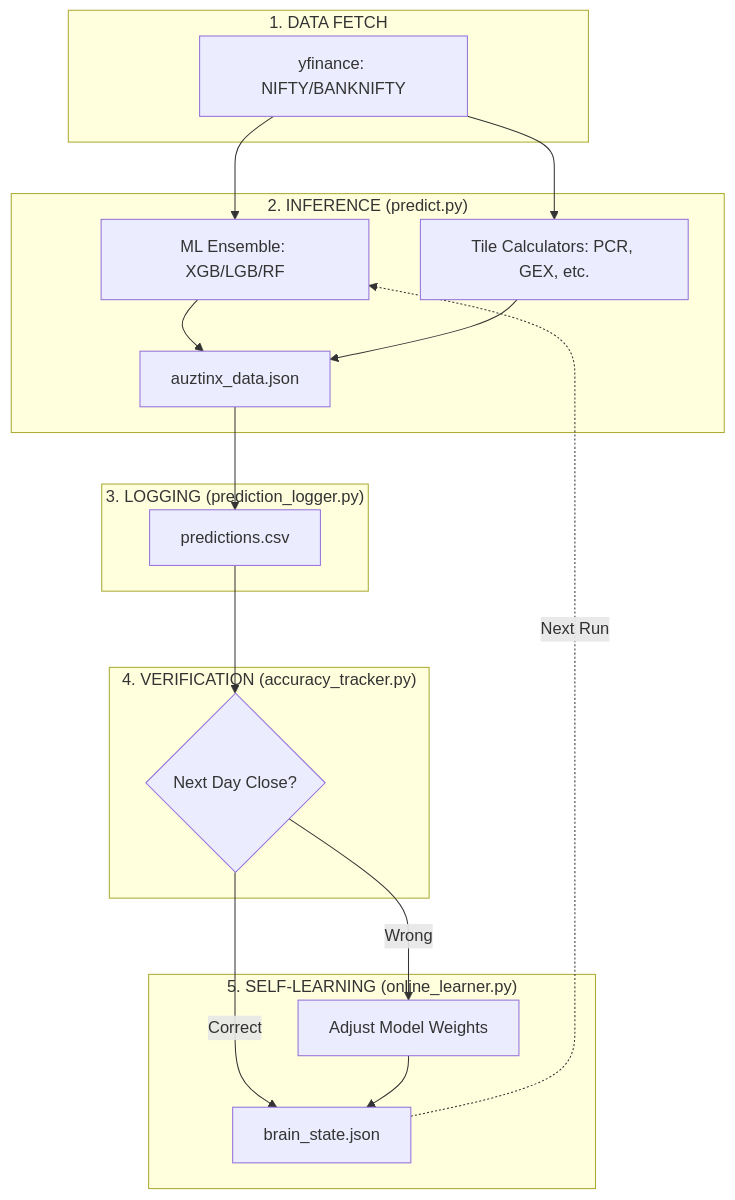
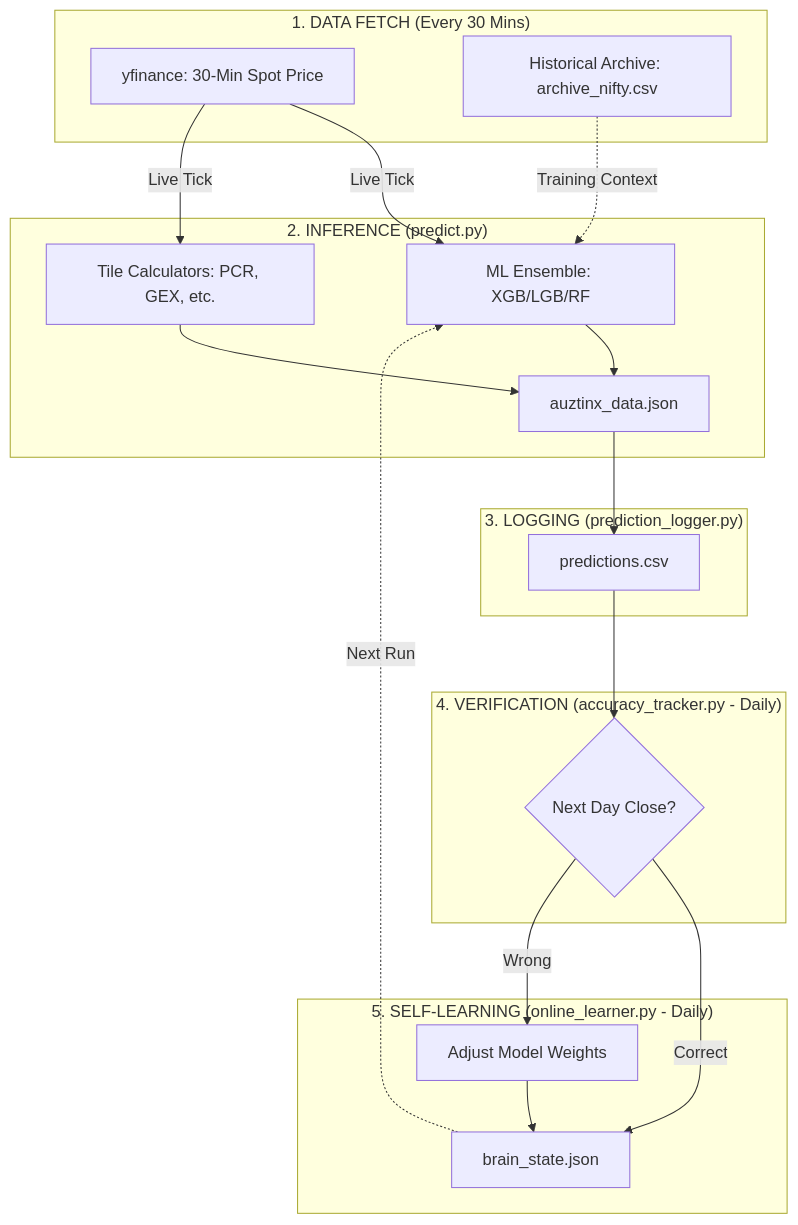
The first of 3 diagrams in README.md (pravindev666/Tradyx-Aleph), drawn with Mermaid before and after one commit. The commit also changed other lines of this file, not shown here.

````diff
--- a/README.md
+++ b/README.md
@@ -18,34 +18,36 @@
 ```mermaid
 graph TD
-    subgraph "1. DATA FETCH"
-        YF_D[yfinance: NIFTY/BANKNIFTY]
+    subgraph "1. DATA FETCH (Every 30 Mins)"
+        YF_D[yfinance: 30-Min Spot Price]
+        HIST_D[Historical Archive: archive_nifty.csv]
     end
 
     subgraph "2. INFERENCE (predict.py)"
         ML_D[ML Ensemble: XGB/LGB/RF]
         TILES_D[Tile Calculators: PCR, GEX, etc.]
         JSON_D[auztinx_data.json]
     end
 
     subgraph "3. LOGGING (prediction_logger.py)"
         CSV_D[predictions.csv]
     end
 
-    subgraph "4. VERIFICATION (accuracy_tracker.py)"
+    subgraph "4. VERIFICATION (accuracy_tracker.py - Daily)"
         VERIFY_D{Next Day Close?}
     end
 
-    subgraph "5. SELF-LEARNING (online_learner.py)"
+    subgraph "5. SELF-LEARNING (online_learner.py - Daily)"
         BRAIN_D[brain_state.json]
         ADAPT_D[Adjust Model Weights]
     end
 
-    YF_D --> ML_D & TILES_D
+    YF_D -->|Live Tick| ML_D & TILES_D
+    HIST_D -.->|Training Context| ML_D
     ML_D & TILES_D --> JSON_D
     JSON_D --> CSV_D
     CSV_D --> VERIFY_D
     VERIFY_D -->|Correct| BRAIN_D
     VERIFY_D -->|Wrong| ADAPT_D
     ADAPT_D --> BRAIN_D
     BRAIN_D -.->|Next Run| ML_D
 ```
````
